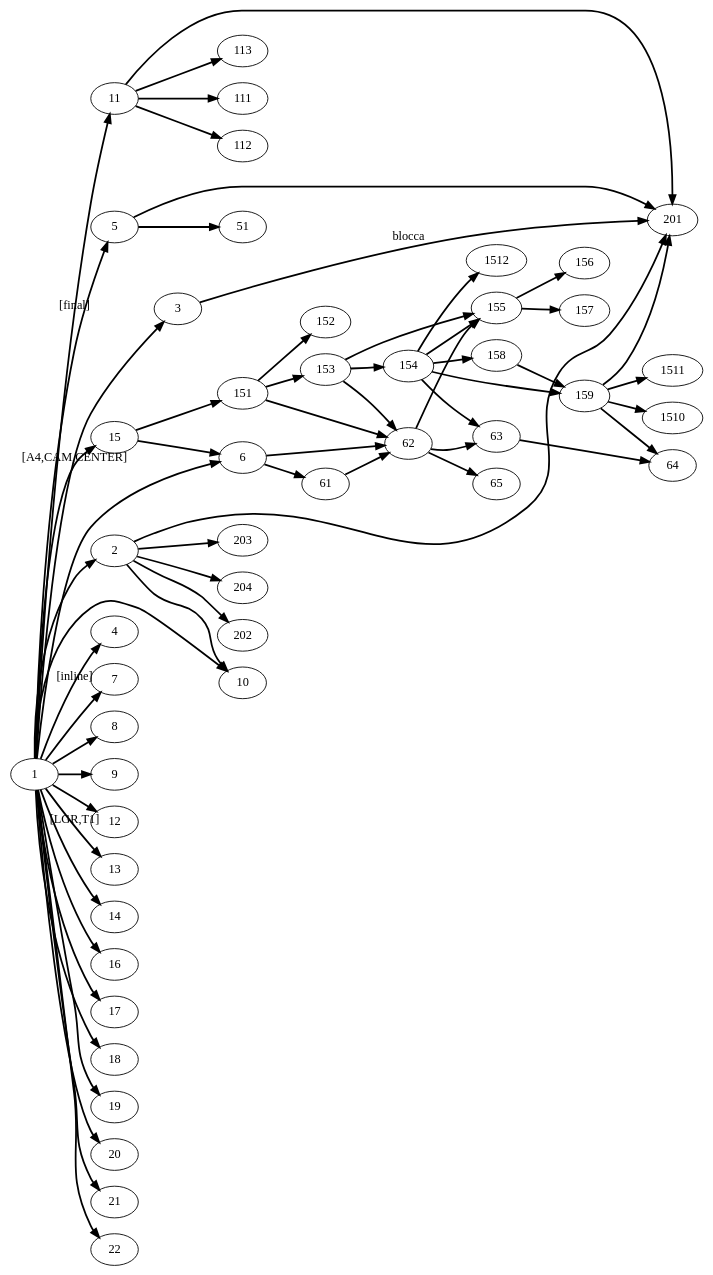
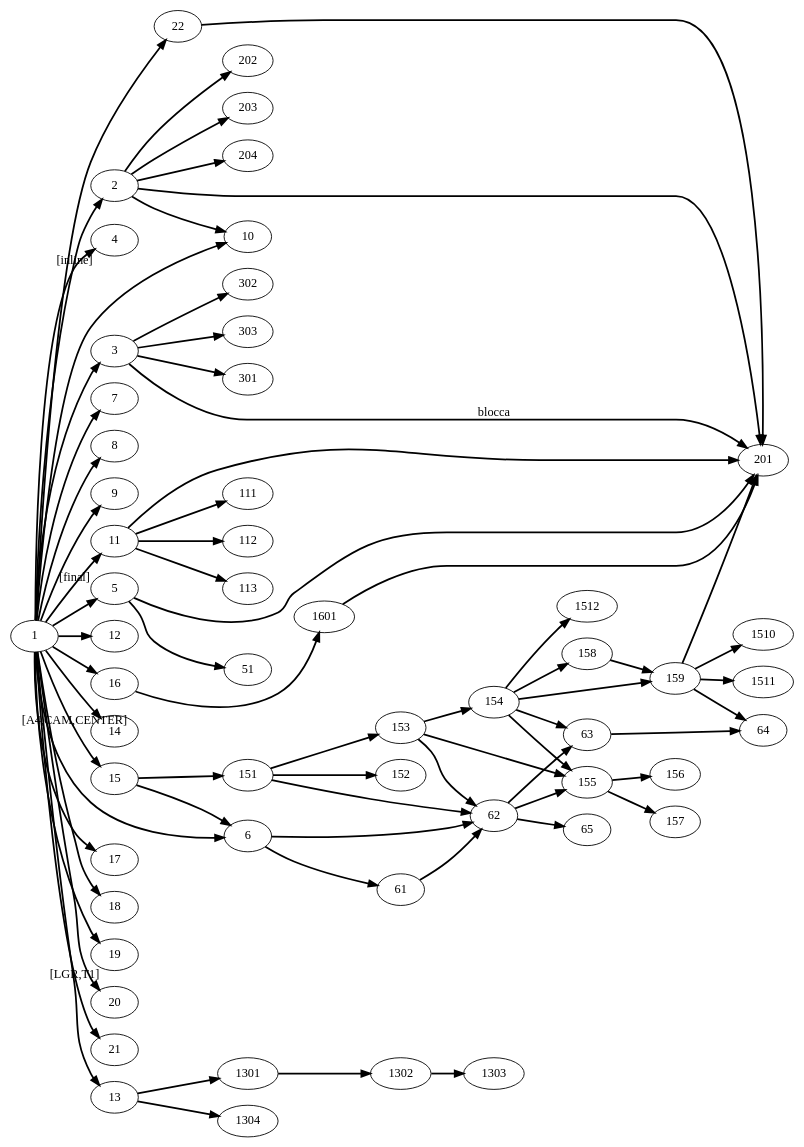
Before and after one commit to trim1962/dipModtex: the diagram in grafici/classesuftesi-dot2tex-fig1.dot, drawn with Graphviz. The commit also changed 38 other files, not shown here.

```diff
--- a/grafici/classesuftesi-dot2tex-fig1.dot
+++ b/grafici/classesuftesi-dot2tex-fig1.dot
@@ -1,112 +1,132 @@
  digraph G{
   edge [style=bold]
   rankdir="LR";
   1 [style="main node",texlbl="suftesi"]
   2 [style="main node",texlbl="geometry"]
   201 [style="internal node",texlbl="keyvall"]
   202 [style="internal node",texlbl="ifpdf"]
   203 [style="internal node",texlbl="atbegshi"]
   204 [style="internal node",texlbl="ifvtex"]
   3 [style="main node",texlbl="xkeyval"]
+  301[style="internal node",texlbl="xkeyval.tex"]
+  302[style="internal node",texlbl="xkvutils.tex"]
+  303[style="internal node",texlbl="keyval.tex"]
+
   4 [style="main node",texlbl="enumitem"]
   5 [style="main node",texlbl="caption"]
   51 [style="internal node",texlbl="caption3"]
   6 [style="main node",texlbl="color"]
   61 [style="cfg node",texlbl="color.cfg"]
   62 [style="driver node",texlbl="pdftex.def"]
   63 [style="internal node",texlbl="infwarerr"]
   64 [style="internal node",texlbl="ltxcmds"]
   65 [style="internal node",texlbl="supp-pdf.mkii"]
   7 [style="main node",texlbl="multicol"]
   8 [style="main node",texlbl="emptypage"]
   9 [style="main node",texlbl="textcase"]
   10 [style="main node",texlbl="ifxetex"]
   11 [style="main node",texlbl="microtype"]
   111[style="driver node",texlbl="microtype-pdftex.def"]
   112[style="cfg node",texlbl="microtype.cfg"]
   113[style="driver node",texlbl="mt-ppl.cfg"]
   12 [style="main node",texlbl="cclicenses"]
   13 [style="main node",texlbl="fontenc"]
+  1301 [style="driver node",texlbl="lgrenc.def"]
+  1302 [style="driver node",texlbl="greek-fontenc.def"]
+  1303 [style="driver node",texlbl="t1enc.def"]
+  1304 [style="driver node",texlbl="lgrcmr.fd"]
   14 [style="main node",texlbl="sostitutefont"]
     15 [style="main node",texlbl="crop"]
     151 [style="internal node",texlbl="graphics"]
     152 [style="internal node",texlbl="trig"]
 153 [style="cfg node",texlbl="graphics.cfg"]
 154 [style="driver node",texlbl="epstopdf-base"]
 155 [style="internal node",texlbl="pdftexcmds"]
 156 [style="internal node",texlbl="ifpdf"]
 157 [style="internal node",texlbl="ifluatex"]
 158 [style="internal node",texlbl="grfext"]
 159 [style="internal node",texlbl="kvoptions"]
 1510 [style="internal node",texlbl="kvsetkeys"]
 1511 [style="internal node",texlbl="etexcmds"]
 1512 [style="cfg node",texlbl="epstopdf-sys.cfg"]
 16   [style="main node",texlbl="titlesec"]
+1601[style="cfg node",texlbl="ttlkey.cfg"]
 17   [style="main node",texlbl="extramarks"]
 18   [style="main node",texlbl="fancyhdr"]
 19  [style="main node",texlbl="titletoc"]
 20  [style="main node",texlbl="fixltxhyph"]
 21  [style="main node",texlbl="mathpazo"]
 22  [style="main node",texlbl="beramono"]
+
 15->151
 151->152
 151->153
 151->62
 153->62
 153->154
 154->63
 154->155
 153->155
 62->155
 155->156
 155->157
 154->158
 158->159
 159->64
 154->159
 159->1510
 159->1511
 159->201
 154->1512
 
   1->2
   2->201
   2->202
   2->203
   2->204
   2->10
   3->201[style=bold,labelfloat= true, label = "blocca"]
+  3->301
+  3->302
+  3->303
   1->3
   1->4[style=bold,labelfloat= true, label = "[inline]"]
   1->5
   1->6
   6->61
   6->62
   62->63
   63->64
   62->65
   61->62
   5->51
   5->201
   11->111
   11->112
   11->201
   11->113
  1->7
  1->8
  1->9
  1->10
  1->11[style=bold,labelfloat= true, label = "[final]"]
  1->12
  1->13[style=bold,labelfloat= true, label = "[LGR,T1]"]
  1->14
  1->15[style=bold,labelfloat= true, label = "[A4,CAM,CENTER]"]
  15->6
  1->16
+ 16->1601
+ 1601->201
  1->17
  1->18
  1->19
  1->20
  1->21
   1->22
+  22->201
+  13->1301
+  1301->1302
+  1302->1303
+  13->1304
  }
```
